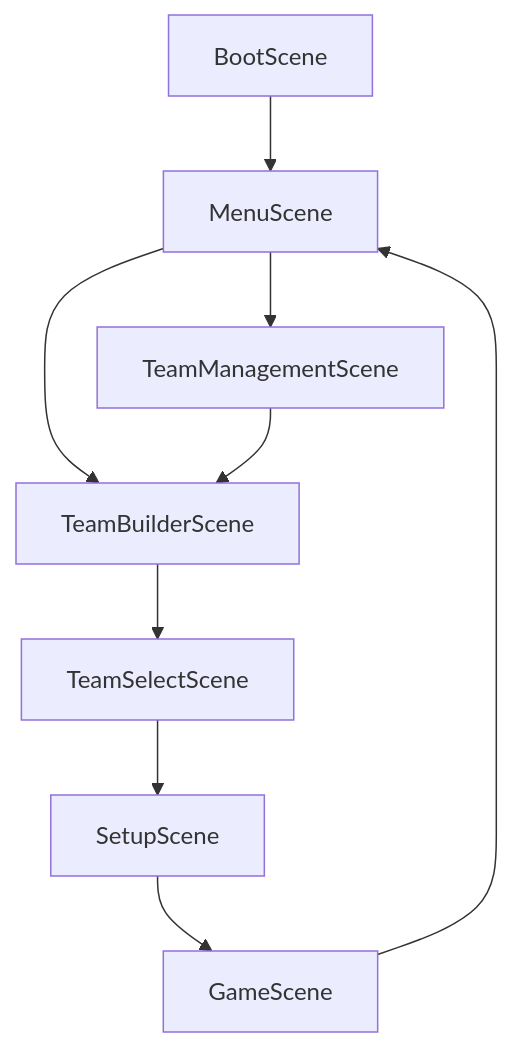
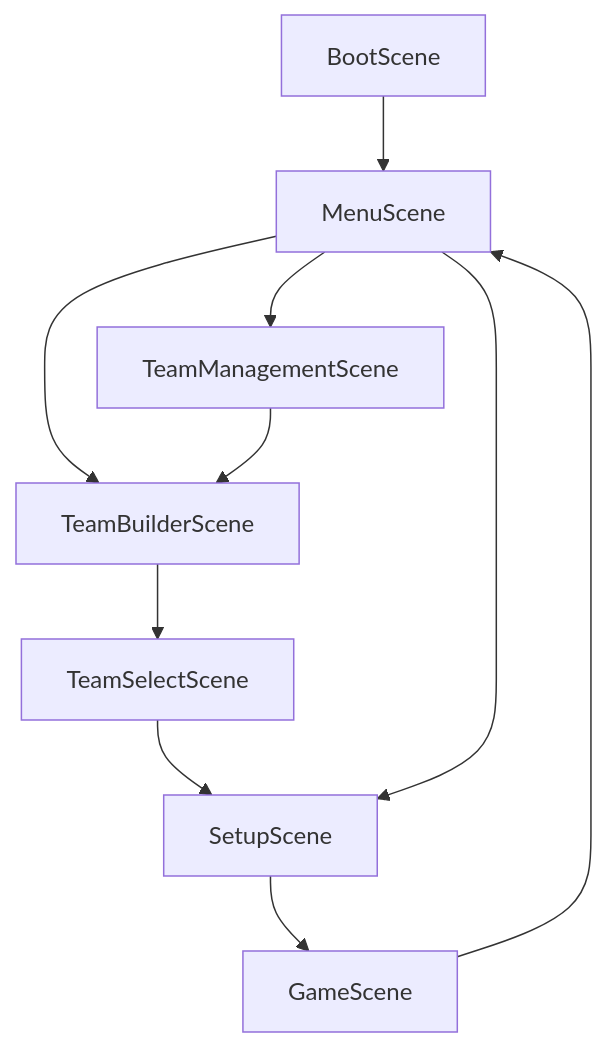
The diagram in docs/technical/architecture.md (joe-lloyd/bloodbowl-phaser), drawn with Mermaid before and after one commit. The commit also changed 7 other files, not shown here.

````diff
--- a/docs/technical/architecture.md
+++ b/docs/technical/architecture.md
@@ -82,11 +82,12 @@
 ```mermaid
 graph TD
     A[BootScene] --> B[MenuScene]
     B --> C[TeamManagementScene]
     B --> D[TeamBuilderScene]
     C --> D
     D --> E[TeamSelectScene]
     E --> F[SetupScene]
+    B --> F
     F --> G[GameScene]
     G --> B
 ```
````
